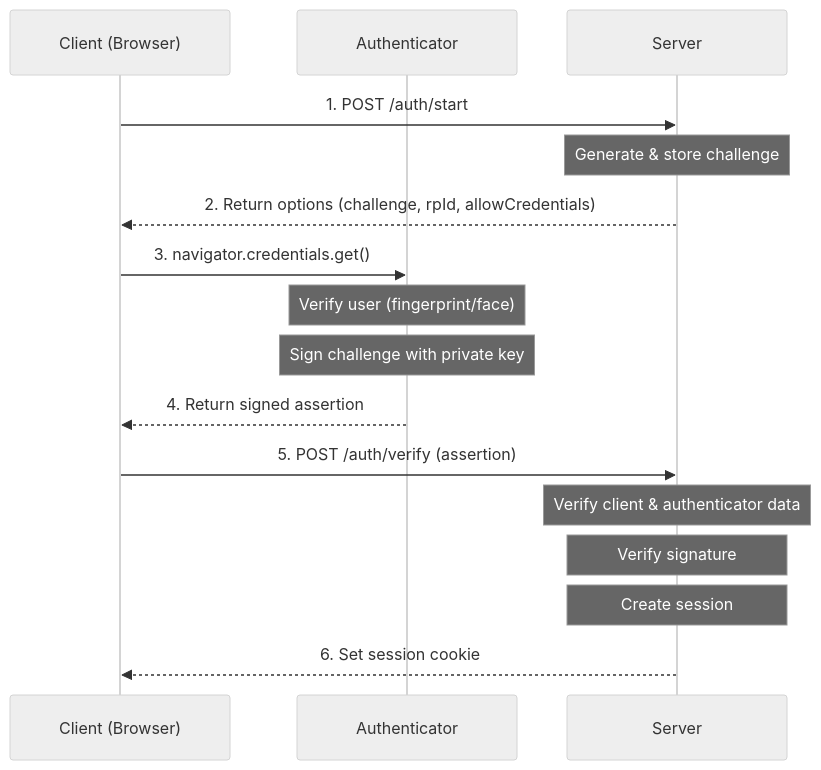
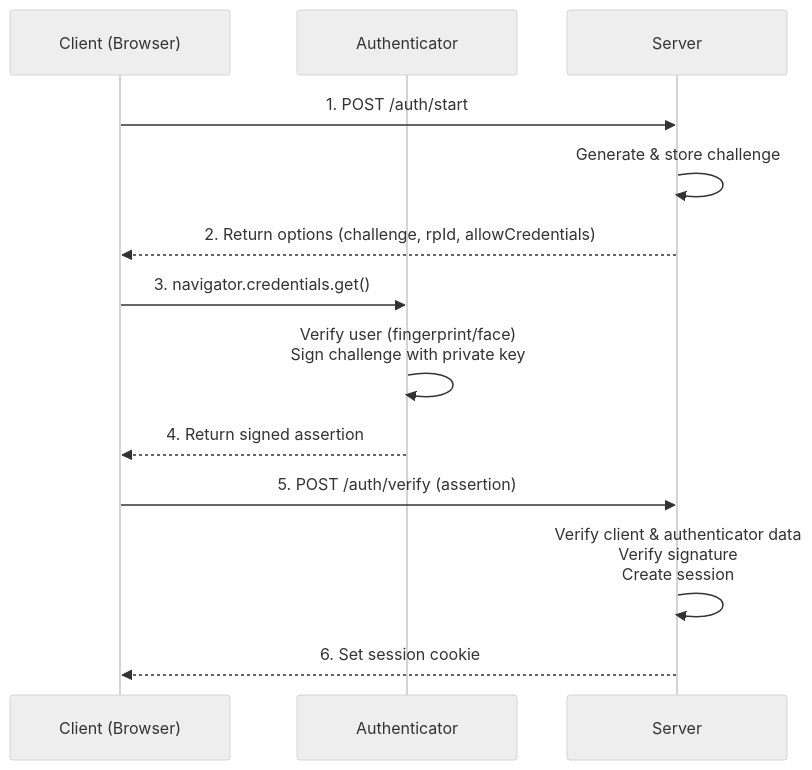
One commit to ktaka-ccmp/oauth2-passkey-talks changed the diagram in 2026-03-31-tokyo-rust/diagrams/passkey-flow.mmd. Above: the diagram before and after it, drawn with Mermaid (neutral theme). The commit also changed 20 other files, not shown here.

```diff
--- a/2026-03-31-tokyo-rust/diagrams/passkey-flow.mmd
+++ b/2026-03-31-tokyo-rust/diagrams/passkey-flow.mmd
@@ -1,20 +1,17 @@
 %%{init: {'sequence': {'width': 220}}}%%
 sequenceDiagram
     participant C as Client (Browser)
     participant A as Authenticator
     participant S as Server
 
     C->>S: 1. POST /auth/start
-    Note over S: Generate & store challenge
+    S->>S: Generate & store challenge
     S-->>C: 2. Return options (challenge, rpId, allowCredentials)
 
     C->>A: 3. navigator.credentials.get()
-    Note over A: Verify user (fingerprint/face)
-    Note over A: Sign challenge with private key
+    A->>A: Verify user (fingerprint/face)<br/>Sign challenge with private key
     A-->>C: 4. Return signed assertion
 
     C->>S: 5. POST /auth/verify (assertion)
-    Note over S: Verify client & authenticator data
-    Note over S: Verify signature
-    Note over S: Create session
+    S->>S: Verify client & authenticator data<br/>Verify signature<br/>Create session
     S-->>C: 6. Set session cookie
```
